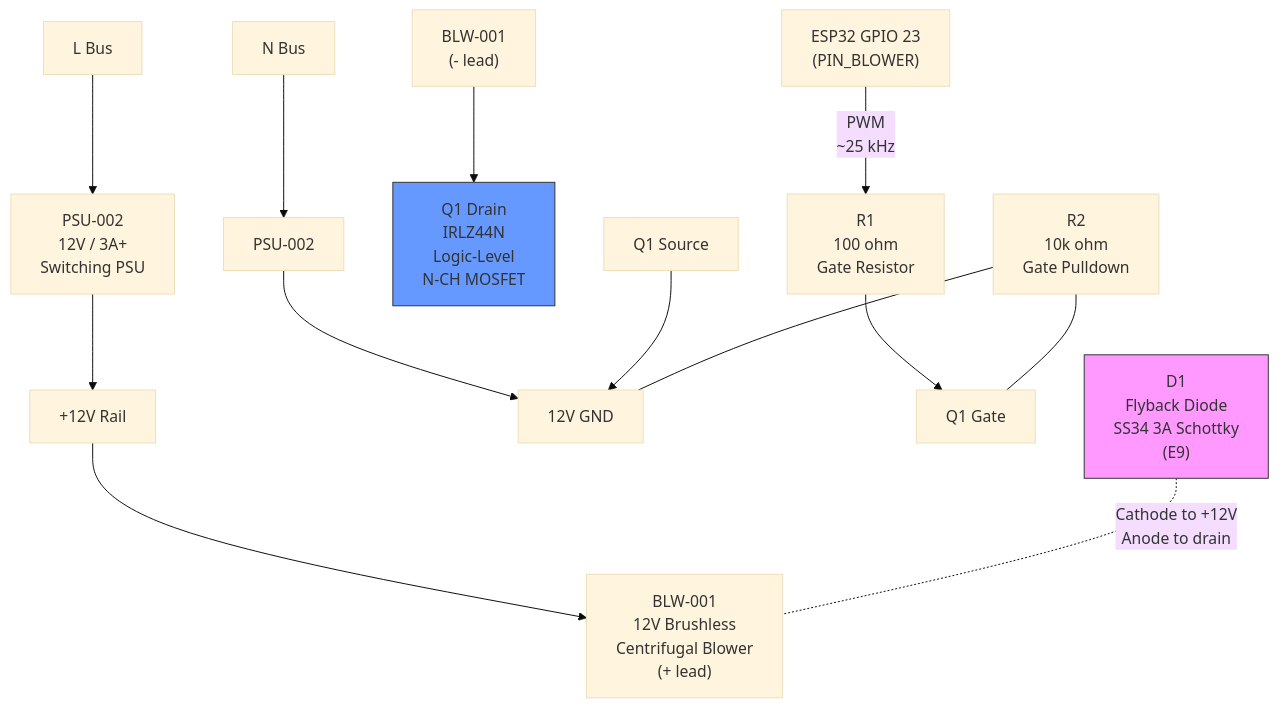
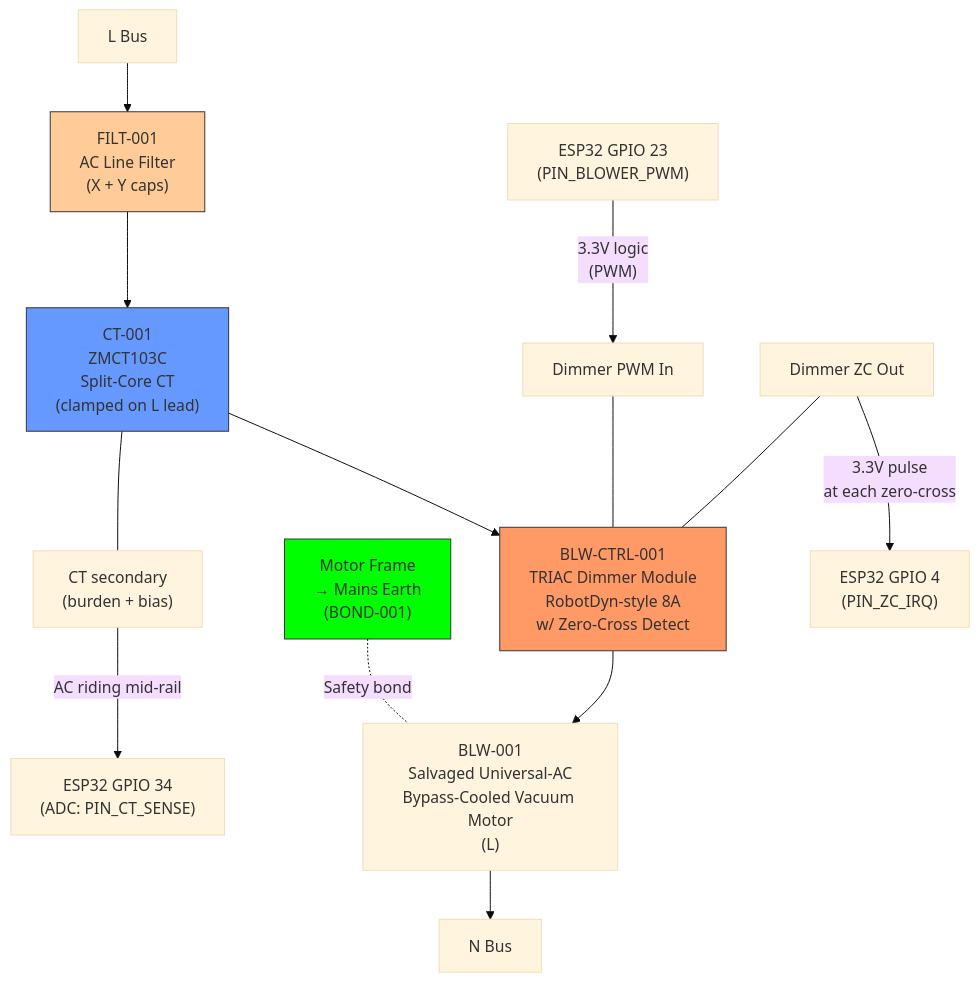
The third of 5 diagrams in docs/electrical/schematics/power-schematic.md (tom-jordan23/roaster), drawn with Mermaid (base theme) before and after one commit. The commit also changed other lines of this file and 9 other files, not shown here.

````diff
--- a/docs/electrical/schematics/power-schematic.md
+++ b/docs/electrical/schematics/power-schematic.md
@@ -72,24 +72,23 @@
 ```mermaid
 graph TD
-    L_BUS["L Bus"] --> PSU12_L["PSU-002\n12V / 3A+\nSwitching PSU"]
-    N_BUS["N Bus"] --> PSU12_N["PSU-002"]
-    PSU12_L --> V12_PLUS["+12V Rail"]
-    PSU12_N --> V12_GND["12V GND"]
+    L_BUS["L Bus"] --> FILT_L["FILT-001\nAC Line Filter\n(X + Y caps)"]
+    FILT_L --> CT["CT-001\nZMCT103C\nSplit-Core CT\n(clamped on L lead)"]
+    CT --> TRIAC_L["BLW-CTRL-001\nTRIAC Dimmer Module\nRobotDyn-style 8A\nw/ Zero-Cross Detect"]
+    TRIAC_L --> BLWR_L["BLW-001\nSalvaged Universal-AC\nBypass-Cooled Vacuum Motor\n(L)"]
+    BLWR_L --> N_BUS["N Bus"]
 
-    V12_PLUS --> BLWR_PLUS["BLW-001\n12V Brushless\nCentrifugal Blower\n(+ lead)"]
+    BOND["Motor Frame\n→ Mains Earth\n(BOND-001)"] -.-|"Safety bond"| BLWR_L
 
-    BLWR_MINUS["BLW-001\n(- lead)"] --> Q1_DRAIN["Q1 Drain\nIRLZ44N\nLogic-Level\nN-CH MOSFET"]
+    ESP_PWM["ESP32 GPIO 23\n(PIN_BLOWER_PWM)"] -->|"3.3V logic\n(PWM)"| TRIAC_PWM["Dimmer PWM In"]
+    TRIAC_ZC["Dimmer ZC Out"] -->|"3.3V pulse\nat each zero-cross"| ESP_ZC["ESP32 GPIO 4\n(PIN_ZC_IRQ)"]
+    TRIAC_PWM --- TRIAC_L
+    TRIAC_ZC --- TRIAC_L
 
-    Q1_SOURCE["Q1 Source"] --> V12_GND
+    CT_OUT["CT secondary\n(burden + bias)"] -->|"AC riding mid-rail"| ESP_ADC["ESP32 GPIO 34\n(ADC: PIN_CT_SENSE)"]
+    CT --- CT_OUT
 
-    ESP_BLWR["ESP32 GPIO 23\n(PIN_BLOWER)"] -->|"PWM\n~25 kHz"| R1["R1\n100 ohm\nGate Resistor"]
-    R1 --> Q1_GATE["Q1 Gate"]
-
-    R2["R2\n10k ohm\nGate Pulldown"] --- Q1_GATE
-    R2 --- V12_GND
-
-    D1["D1\nFlyback Diode\nSS34 3A Schottky\n(E9)"] -.-|"Cathode to +12V\nAnode to drain"| BLWR_PLUS
-
-    style Q1_DRAIN fill:#69f,stroke:#333
-    style D1 fill:#f9f,stroke:#333
+    style TRIAC_L fill:#f96,stroke:#333
+    style CT fill:#69f,stroke:#333
+    style BOND fill:#0f0,stroke:#333
+    style FILT_L fill:#fc9,stroke:#333
 ```
````
